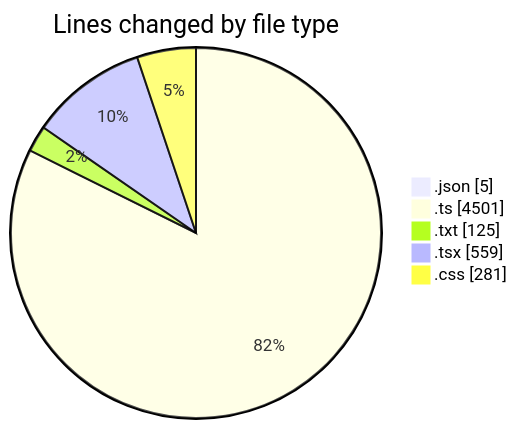
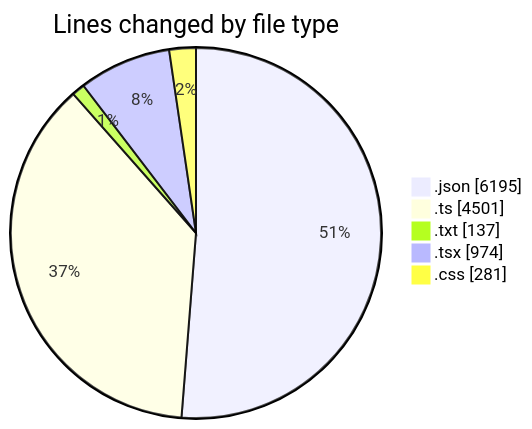
Before and after one commit to CELIANVF/code-tracking: the first of 2 diagrams in 2025-05-27/ecodeli-1/README.md, drawn with Mermaid. The commit also changed other lines of this file and 1 other file, not shown here.

````diff
--- a/2025-05-27/ecodeli-1/README.md
+++ b/2025-05-27/ecodeli-1/README.md
@@ -30,9 +32,9 @@
 ```mermaid
 pie showData
 title Lines changed by file type
-".json" : 5
+".json" : 6195
 ".ts" : 4501
-".txt" : 125
-".tsx" : 559
+".txt" : 137
+".tsx" : 974
 ".css" : 281
 ```
````
